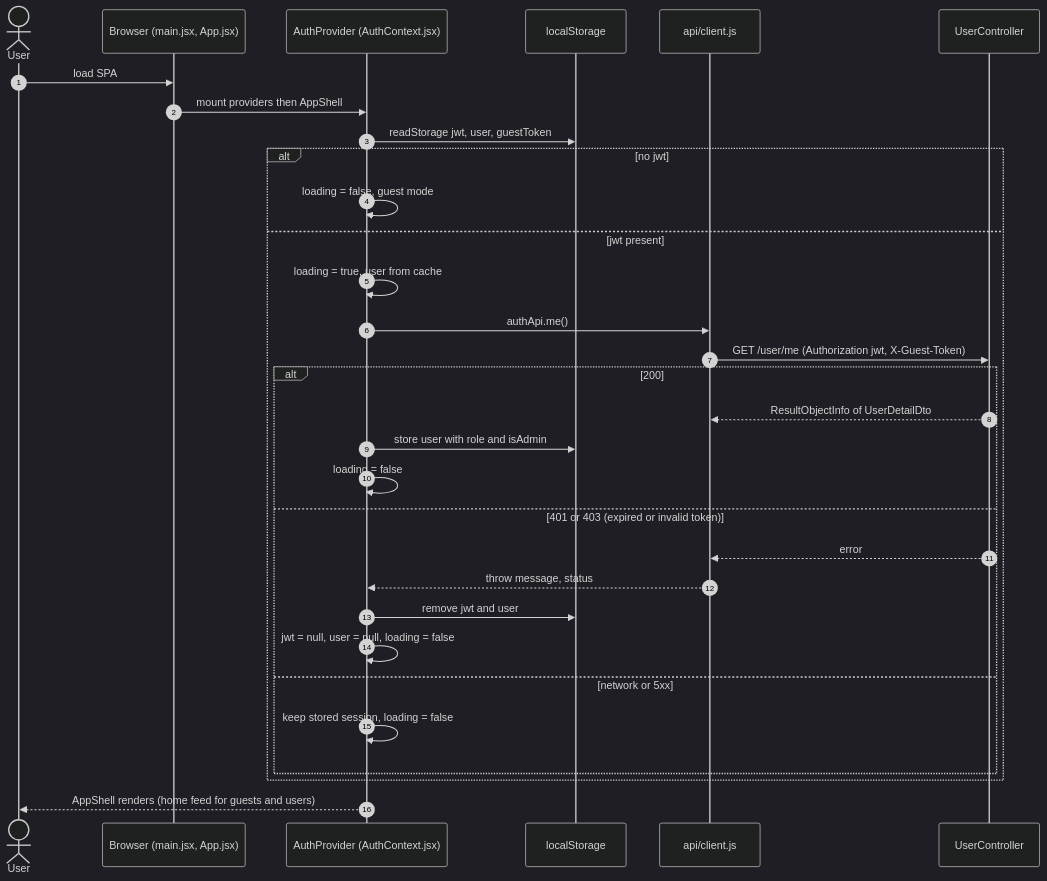
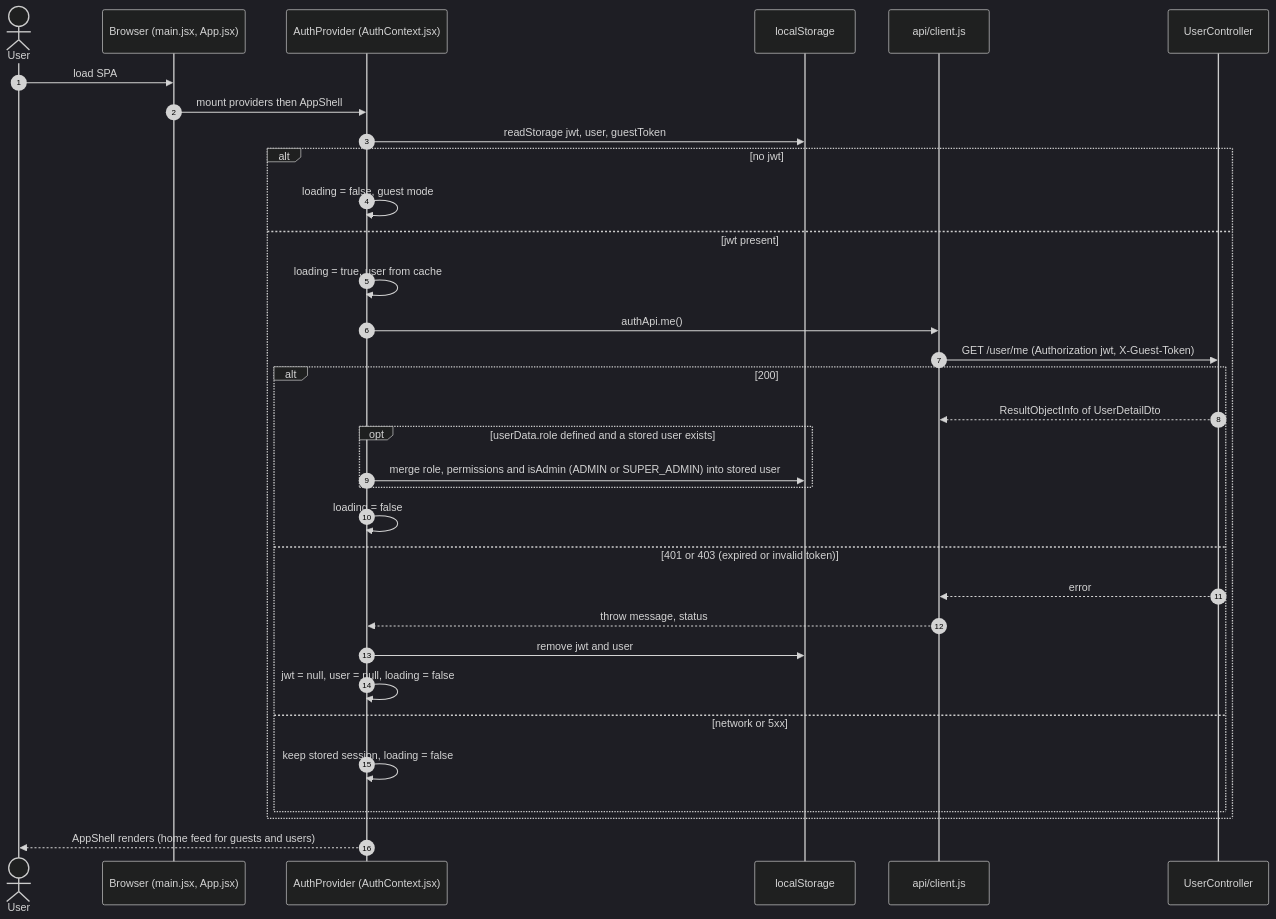
The first of 4 diagrams in docs/sequence/sequence-react-migration.md (nguyenhuuca/assessment), drawn with Mermaid (dark theme) before and after one commit. The commit also changed other lines of this file and 16 other files, not shown here.

First line of the commit message:
docs(sequence): bring all sequence diagrams in line with the current code

````diff
--- a/docs/sequence/sequence-react-migration.md
+++ b/docs/sequence/sequence-react-migration.md
@@ -33,34 +33,36 @@
 ```mermaid
 sequenceDiagram
     autonumber
     actor U as User
     participant M as Browser (main.jsx, App.jsx)
     participant AP as AuthProvider (AuthContext.jsx)
     participant LS as localStorage
     participant C as api/client.js
     participant API as UserController
 
     U->>M: load SPA
     M->>AP: mount providers then AppShell
     AP->>LS: readStorage jwt, user, guestToken
     alt no jwt
         AP->>AP: loading = false, guest mode
     else jwt present
         AP->>AP: loading = true, user from cache
         AP->>C: authApi.me()
         C->>API: GET /user/me (Authorization jwt, X-Guest-Token)
         alt 200
             API-->>C: ResultObjectInfo of UserDetailDto
-            AP->>LS: store user with role and isAdmin
+            opt userData.role defined and a stored user exists
+                AP->>LS: merge role, permissions and isAdmin (ADMIN or SUPER_ADMIN) into stored user
+            end
             AP->>AP: loading = false
         else 401 or 403 (expired or invalid token)
             API-->>C: error
             C-->>AP: throw message, status
             AP->>LS: remove jwt and user
             AP->>AP: jwt = null, user = null, loading = false
         else network or 5xx
             AP->>AP: keep stored session, loading = false
         end
     end
     AP-->>U: AppShell renders (home feed for guests and users)
 ```
````
